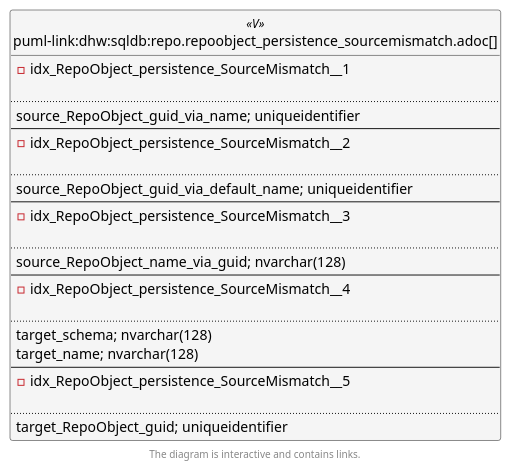
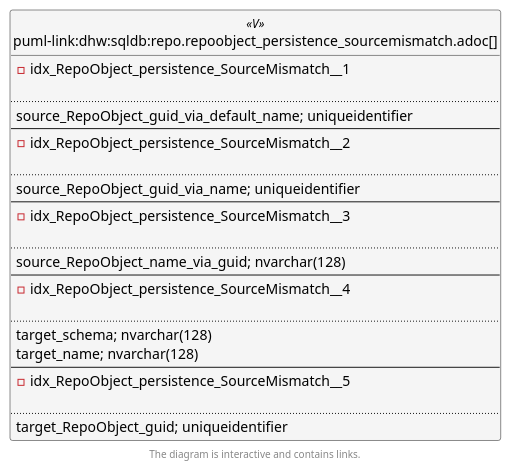
One commit to DataHandwerk/dhw-antora-sqldb changed the second of 6 diagrams in docs/modules/sqldb/partials/content/repo.repoobject_persistence_sourcemismatch.adoc. Above: the diagram before and after it, drawn with PlantUML. The commit also changed other lines of this file and 701 other files, not shown here.

```diff
--- a/docs/modules/sqldb/partials/content/repo.repoobject_persistence_sourcemismatch.adoc
+++ b/docs/modules/sqldb/partials/content/repo.repoobject_persistence_sourcemismatch.adoc
@@ -892,64 +892,64 @@
 [plantuml, entity_1_1_fk-{docname}, svg, subs=macros]
 ....
 @startuml
 left to right direction
 'top to bottom direction
 hide circle
 'avoide "." issues:
 set namespaceSeparator none
 
 
 skinparam class {
   BackgroundColor White
   BackgroundColor<<FN>> Yellow
   BackgroundColor<<FS>> Yellow
   BackgroundColor<<FT>> LightGray
   BackgroundColor<<IF>> Yellow
   BackgroundColor<<IS>> Yellow
   BackgroundColor<<P>>  Aqua
   BackgroundColor<<PC>> Aqua
   BackgroundColor<<SN>> Yellow
   BackgroundColor<<SO>> SlateBlue
   BackgroundColor<<TF>> LightGray
   BackgroundColor<<TR>> Tomato
   BackgroundColor<<U>>  White
   BackgroundColor<<V>>  WhiteSmoke
   BackgroundColor<<X>>  Aqua
   BackgroundColor<<external>> AliceBlue
 }
 
 
 entity "puml-link:dhw:sqldb:repo.repoobject_persistence_sourcemismatch.adoc[]" as repo.RepoObject_persistence_SourceMismatch << V >> {
 - idx_RepoObject_persistence_SourceMismatch__1
 
 ..
-source_RepoObject_guid_via_name; uniqueidentifier
+source_RepoObject_guid_via_default_name; uniqueidentifier
 --
 - idx_RepoObject_persistence_SourceMismatch__2
 
 ..
-source_RepoObject_guid_via_default_name; uniqueidentifier
+source_RepoObject_guid_via_name; uniqueidentifier
 --
 - idx_RepoObject_persistence_SourceMismatch__3
 
 ..
 source_RepoObject_name_via_guid; nvarchar(128)
 --
 - idx_RepoObject_persistence_SourceMismatch__4
 
 ..
 target_schema; nvarchar(128)
 target_name; nvarchar(128)
 --
 - idx_RepoObject_persistence_SourceMismatch__5
 
 ..
 target_RepoObject_guid; uniqueidentifier
 }
 
 
 
 footer The diagram is interactive and contains links.
 
 @enduml
 ....
```
